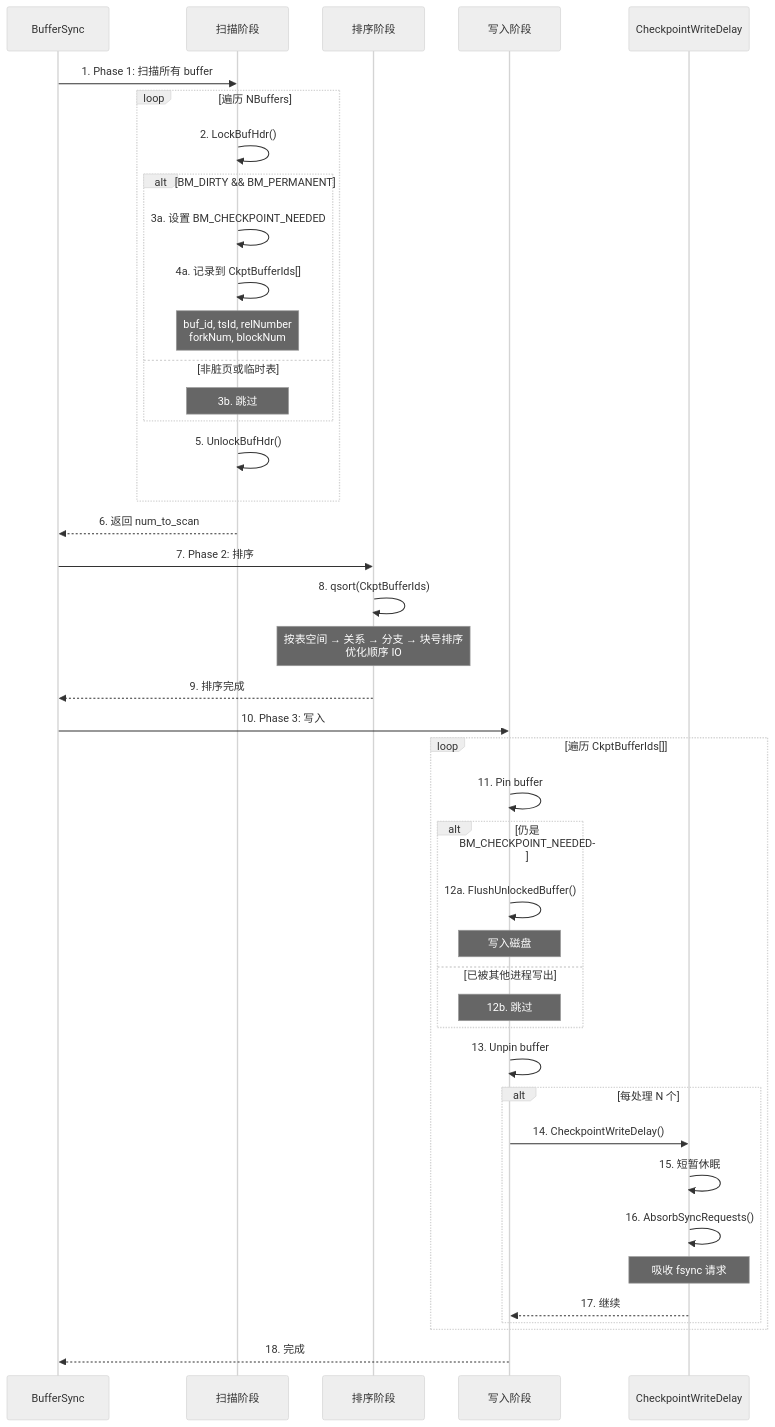
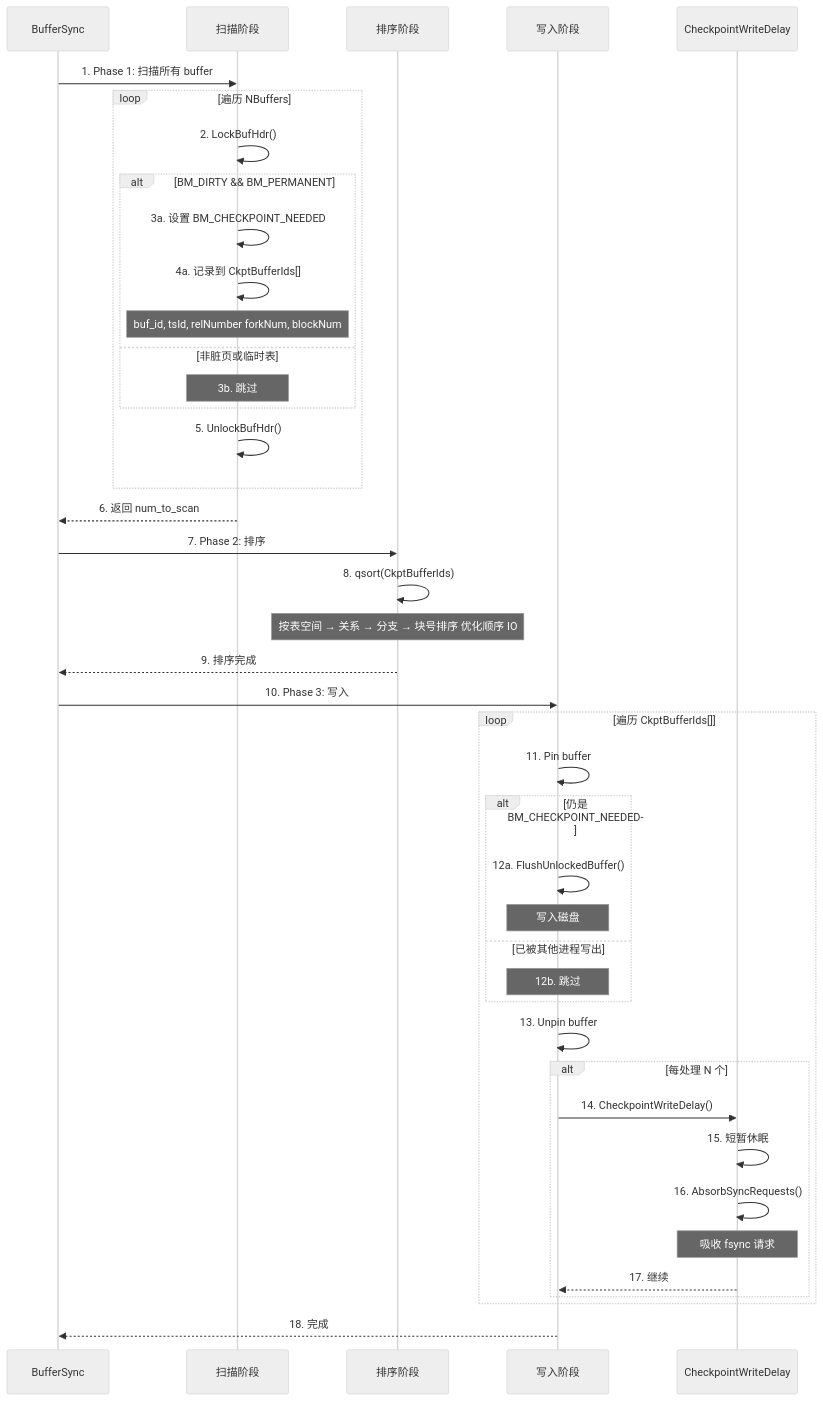
Before and after one commit to carlvinhust2012/MyStudy: diagram 11 of 11 in Database/Postgre/postgre的io流程分析.md, drawn with Mermaid (neutral theme). The commit also changed other lines of this file, not shown here.

Commit message:
update the postgre io flow analysis

````diff
--- a/Database/Postgre/postgre的io流程分析.md
+++ b/Database/Postgre/postgre的io流程分析.md
@@ -777,58 +777,58 @@
 ```mermaid
 sequenceDiagram
     participant BufSync as BufferSync
     participant Scan as 扫描阶段
     participant Sort as 排序阶段
     participant Write as 写入阶段
     participant Delay as CheckpointWriteDelay
 
     BufSync->>Scan: 1. Phase 1: 扫描所有 buffer
     
     loop 遍历 NBuffers
         Scan->>Scan: 2. LockBufHdr()
         
         alt BM_DIRTY && BM_PERMANENT
             Scan->>Scan: 3a. 设置 BM_CHECKPOINT_NEEDED
             Scan->>Scan: 4a. 记录到 CkptBufferIds[]
-            Note over Scan: buf_id, tsId, relNumber<br/>forkNum, blockNum
+            Note over Scan: buf_id, tsId, relNumber forkNum, blockNum
         else 非脏页或临时表
             Note over Scan: 3b. 跳过
         end
         
         Scan->>Scan: 5. UnlockBufHdr()
     end
     
     Scan-->>BufSync: 6. 返回 num_to_scan
     
     BufSync->>Sort: 7. Phase 2: 排序
     
     Sort->>Sort: 8. qsort(CkptBufferIds)
-    Note over Sort: 按表空间 → 关系 → 分支 → 块号排序<br/>优化顺序 IO
+    Note over Sort: 按表空间 → 关系 → 分支 → 块号排序 优化顺序 IO
     
     Sort-->>BufSync: 9. 排序完成
     
     BufSync->>Write: 10. Phase 3: 写入
     
     loop 遍历 CkptBufferIds[]
         Write->>Write: 11. Pin buffer
         
         alt 仍是 BM_CHECKPOINT_NEEDED
             Write->>Write: 12a. FlushUnlockedBuffer()
             Note over Write: 写入磁盘
         else 已被其他进程写出
             Note over Write: 12b. 跳过
         end
         
         Write->>Write: 13. Unpin buffer
         
         alt 每处理 N 个
             Write->>Delay: 14. CheckpointWriteDelay()
             Delay->>Delay: 15. 短暂休眠
             Delay->>Delay: 16. AbsorbSyncRequests()
             Note over Delay: 吸收 fsync 请求
             Delay-->>Write: 17. 继续
         end
     end
     
     Write-->>BufSync: 18. 完成
 ```
````
